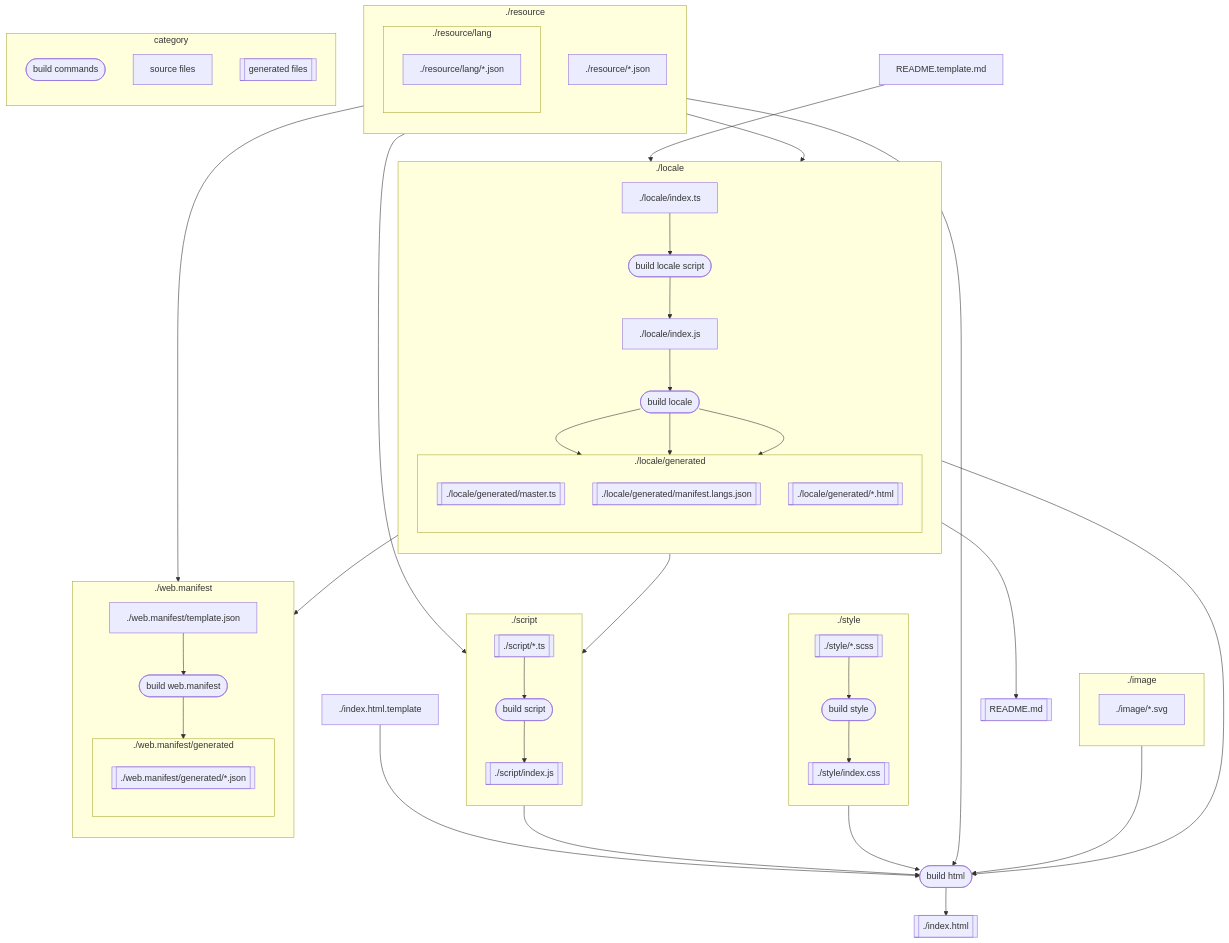
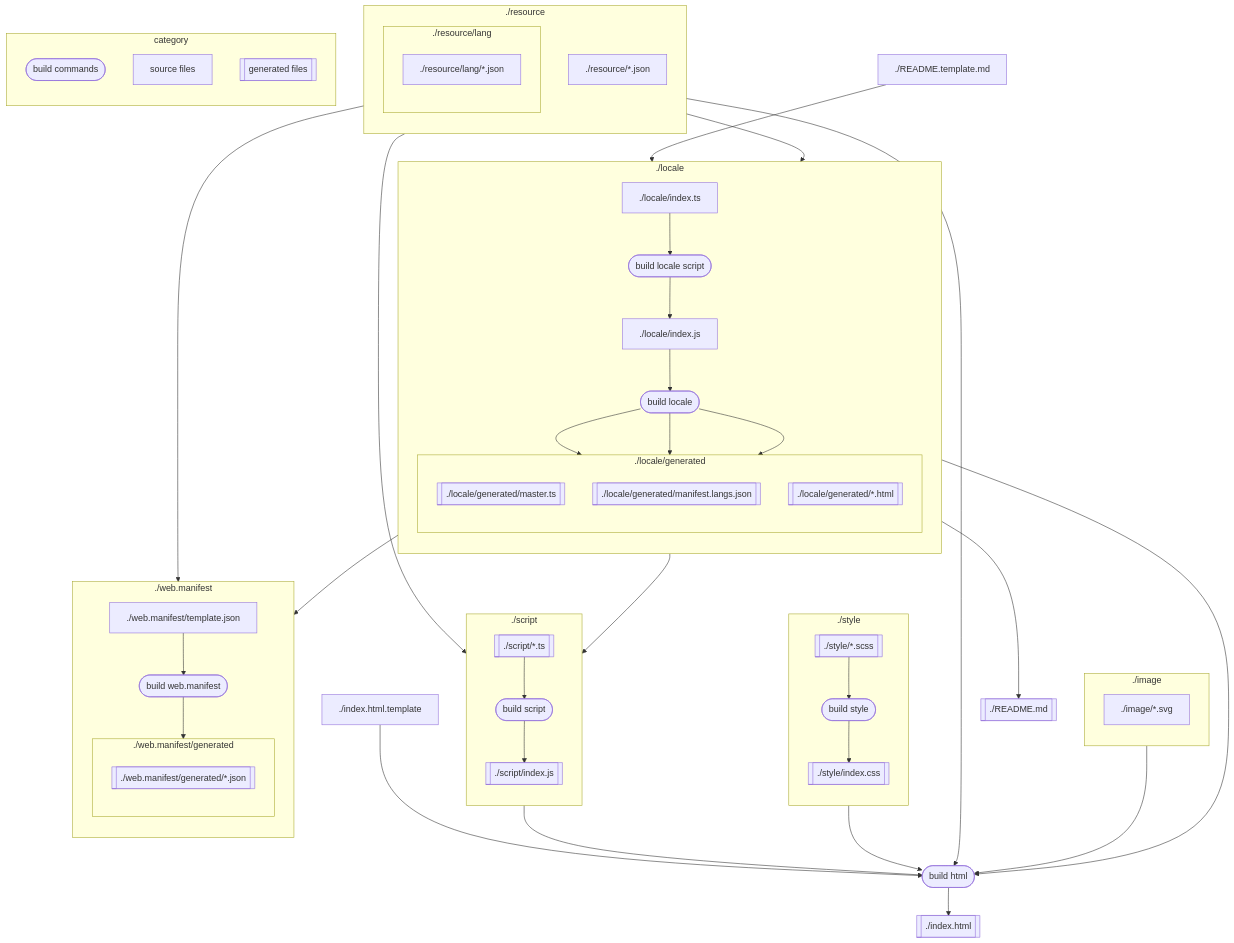
One commit to wraith13/web-media-player changed the diagram in README.md. Above: the diagram before and after it, drawn with Mermaid. The commit also changed other lines of this file and 21 other files, not shown here.

````diff
--- a/README.md
+++ b/README.md
@@ -63,79 +63,79 @@
 ```mermaid
 graph TB;
     subgraph ./locale
         direction TB;
         subgraph ./locale/generated
             direction TB;
             lmt[[./locale/generated/master.ts]];
             lmls[[./locale/generated/manifest.langs.json]];
             lh[[./locale/generated/*.html]];
         end
         ./locale/index.ts;
         ./locale/index.js;
         bls([build locale script]);
         bl([build locale]);
     end
     subgraph ./image
         direction TB;
         ./image/*.svg
     end
     subgraph ./resource
         direction TB;
         subgraph ./resource/lang
             direction TB;
             ./resource/lang/*.json;
         end
         ./resource/*.json;
     end
     subgraph ./style
         direction TB;
         sts[[./style/*.scss]];
         stc[[./style/index.css]];
         bst([build style]);
     end
     subgraph ./script
         direction TB;
         st[[./script/*.ts]];
         sj[[./script/index.js]];
         bs([build script]);
     end
     subgraph ./web.manifest
         direction TB;
         subgraph ./web.manifest/generated
             direction TB;
             wmj[[./web.manifest/generated/*.json]];
         end
         ./web.manifest/template.json;
         bwm([build web.manifest]);
     end
     subgraph category
         direction TB;
         bc([build commands]);
         sf[source files];
         gf[[generated files]];
     end
     ./locale/index.ts-->bls([build locale script]);
     bls([build locale script])-->./locale/index.js;
     ./resource/lang/*.json-->bl([build locale]);
     ./locale/index.js-->bl([build locale]);
     ./resource/*.json-->bs([build script]);
     lmls[[./locale/generated/manifest.langs.json]]-->bwm([build web.manifest])
     ./resource/lang/*.json-->bwm([build web.manifest])
     bl([build locale])-->lmt[[./locale/generated/master.ts]];
     bl([build locale])-->lmls[[./locale/generated/manifest.langs.json]];
     bl([build locale])-->lh[[./locale/generated/*.html]];
     sts[[./style/*.scss]]-->bst([build style])-->stc[[./style/index.css]];
     lmt[[./locale/generated/master.ts]]-->bs([build script]);
     st[[./script/*.ts]]-->bs([build script])-->sj[[./script/index.js]];
     ./web.manifest/template.json-->bwm([build web.manifest])
     bwm([build web.manifest])-->wmj[[./web.manifest/generated/*.json]];
     ./resource/*.json-->bh([build html]);
     lh[[./locale/generated/*.html]]-->bh([build html]);
     stc[[./style/index.css]]-->bh([build html]);
     sj[[./script/index.js]]-->bh([build html]);
     ./image/*.svg-->bh([build html]);
     ./index.html.template-->bh([build html]);
     bh([build html])-->ih[[./index.html]];
-    README.template.md-->bl([build locale]);
-    bl([build locale])-->rdm[[README.md]];
+    ./README.template.md-->bl([build locale]);
+    bl([build locale])-->rdm[[./README.md]];
 ```
````
